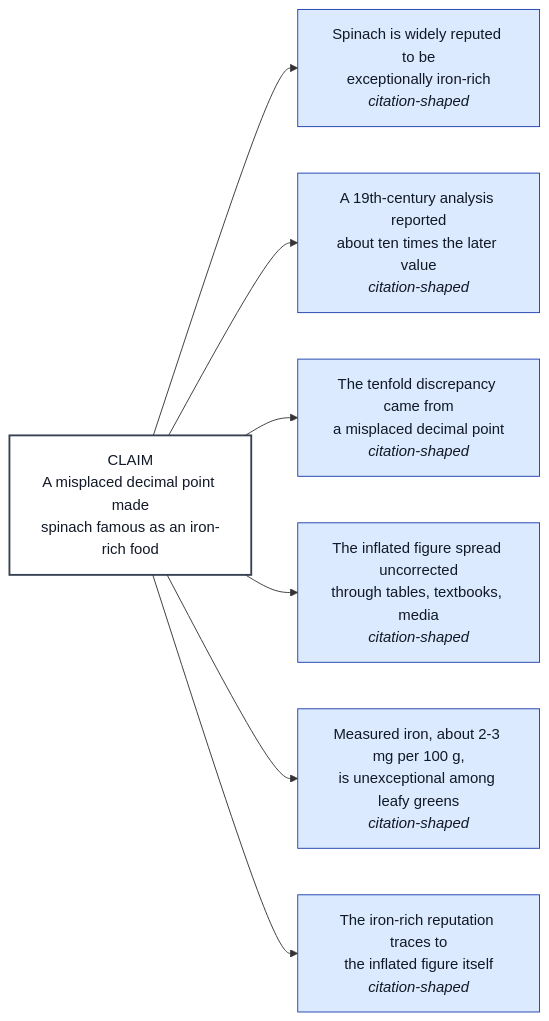
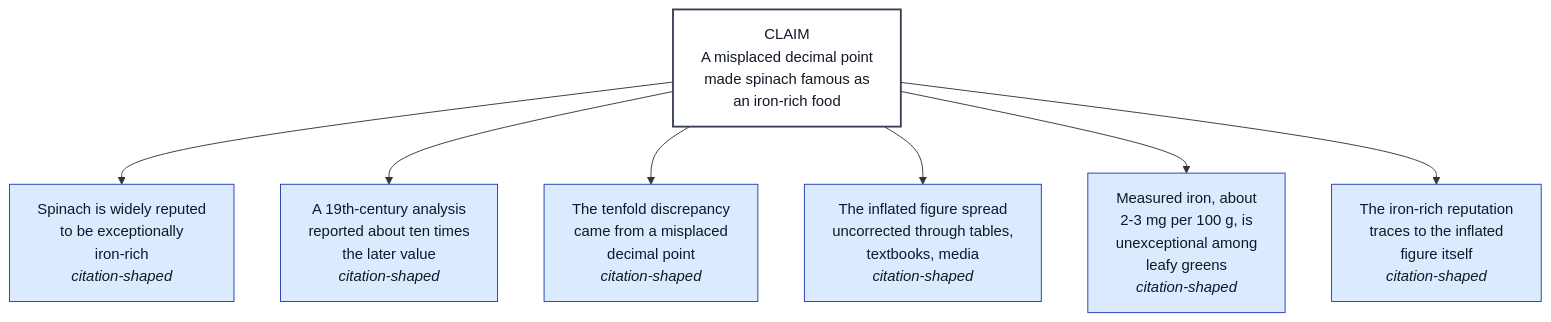
The first of 3 diagrams in demo/README.md (tannershah/verity), drawn with Mermaid before and after one commit. The commit also changed other lines of this file, not shown here.

````diff
--- a/demo/README.md
+++ b/demo/README.md
@@ -119,15 +120,15 @@
 ```mermaid
-flowchart LR
-    C["CLAIM<br/>A misplaced decimal point made<br/>spinach famous as an iron-rich food"]
-    C --> P1["Spinach is widely reputed to be<br/>exceptionally iron-rich<br/><i>citation-shaped</i>"]
-    C --> P2["A 19th-century analysis reported<br/>about ten times the later value<br/><i>citation-shaped</i>"]
-    C --> P3["The tenfold discrepancy came from<br/>a misplaced decimal point<br/><i>citation-shaped</i>"]
-    C --> P4["The inflated figure spread uncorrected<br/>through tables, textbooks, media<br/><i>citation-shaped</i>"]
-    C --> P5["Measured iron, about 2-3 mg per 100 g,<br/>is unexceptional among leafy greens<br/><i>citation-shaped</i>"]
-    C --> P6["The iron-rich reputation traces to<br/>the inflated figure itself<br/><i>citation-shaped</i>"]
+flowchart TD
+    C["CLAIM<br/>A misplaced decimal point<br/>made spinach famous as<br/>an iron-rich food"]
+    C --> P1["Spinach is widely reputed<br/>to be exceptionally<br/>iron-rich<br/><i>citation-shaped</i>"]
+    C --> P2["A 19th-century analysis<br/>reported about ten times<br/>the later value<br/><i>citation-shaped</i>"]
+    C --> P3["The tenfold discrepancy<br/>came from a misplaced<br/>decimal point<br/><i>citation-shaped</i>"]
+    C --> P4["The inflated figure spread<br/>uncorrected through tables,<br/>textbooks, media<br/><i>citation-shaped</i>"]
+    C --> P5["Measured iron, about<br/>2-3 mg per 100 g, is<br/>unexceptional among<br/>leafy greens<br/><i>citation-shaped</i>"]
+    C --> P6["The iron-rich reputation<br/>traces to the inflated<br/>figure itself<br/><i>citation-shaped</i>"]
 
     classDef claim fill:#ffffff,stroke:#374151,stroke-width:2px,color:#111827
     classDef cite fill:#dbeafe,stroke:#1e40af,color:#111827
     class C claim
     class P1,P2,P3,P4,P5,P6 cite
 ```
````
